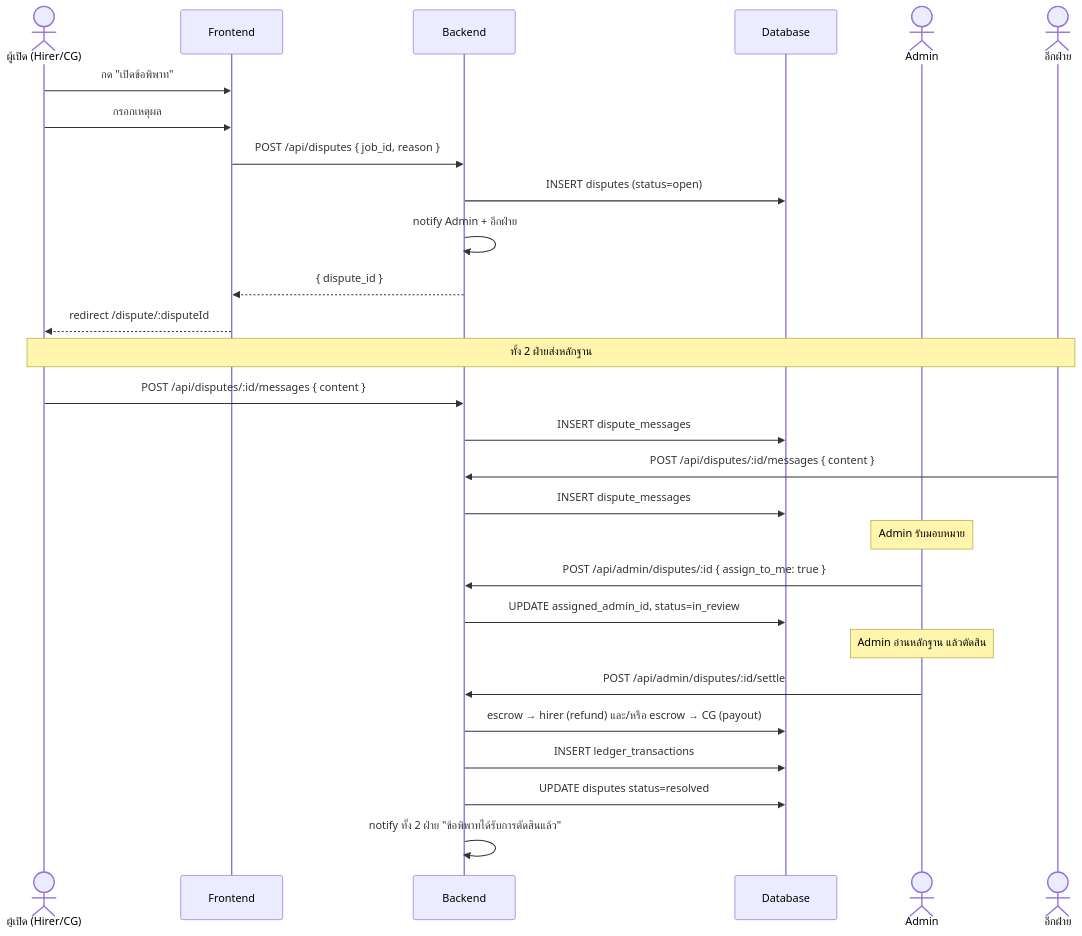
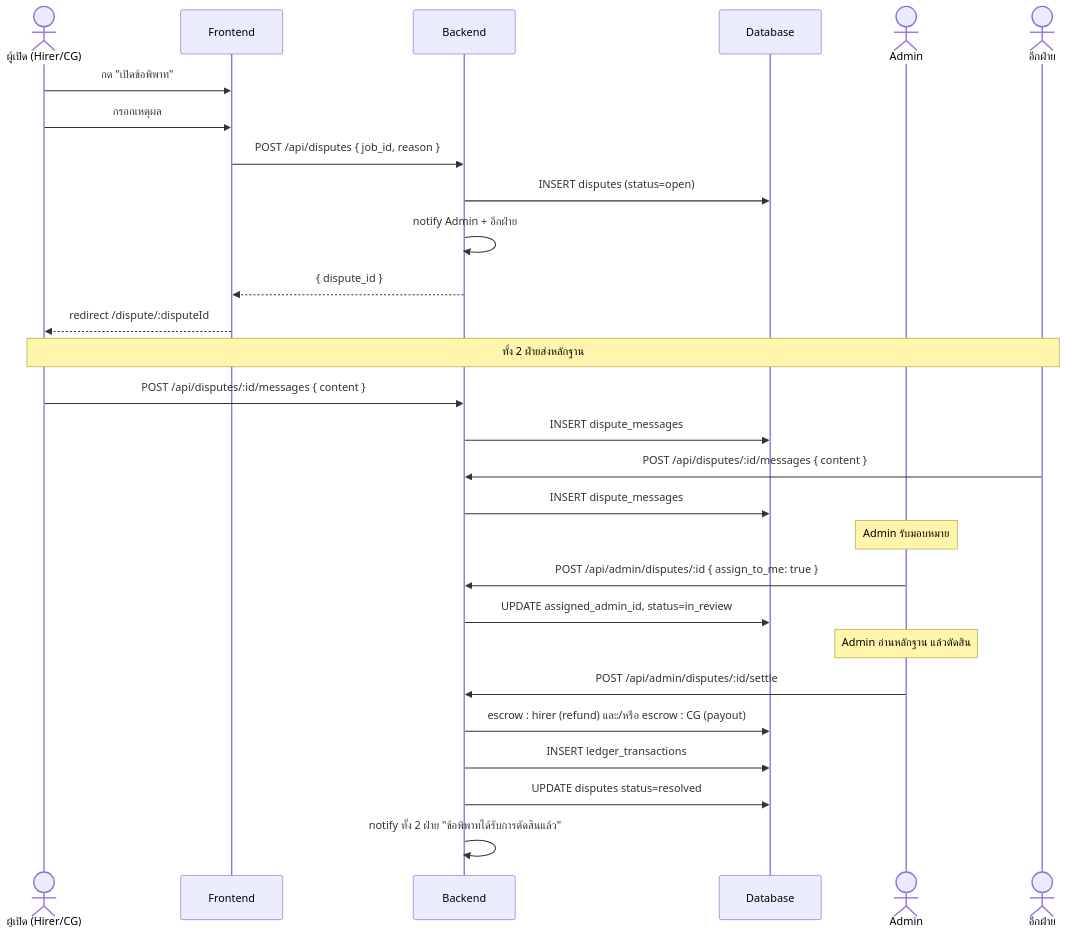
Diagram 16 of 16 in THESIS_CONTENT_CH3_PART3.md (SakdaRt/Careconnect), drawn with Mermaid before and after one commit. The commit also changed other lines of this file and 1 other file, not shown here.

````diff
--- a/THESIS_CONTENT_CH3_PART3.md
+++ b/THESIS_CONTENT_CH3_PART3.md
@@ -1119,30 +1121,30 @@
 ```mermaid
 sequenceDiagram
     actor Opener as ผู้เปิด (Hirer/CG)
     participant FE as Frontend
     participant BE as Backend
     participant DB as Database
     actor Admin
     actor Other as อีกฝ่าย
     Opener->>FE: กด "เปิดข้อพิพาท"
     Opener->>FE: กรอกเหตุผล
     FE->>BE: POST /api/disputes { job_id, reason }
     BE->>DB: INSERT disputes (status=open)
     BE->>BE: notify Admin + อีกฝ่าย
     BE-->>FE: { dispute_id }
     FE-->>Opener: redirect /dispute/:disputeId
     Note over Opener,Other: ทั้ง 2 ฝ่ายส่งหลักฐาน
     Opener->>BE: POST /api/disputes/:id/messages { content }
     BE->>DB: INSERT dispute_messages
     Other->>BE: POST /api/disputes/:id/messages { content }
     BE->>DB: INSERT dispute_messages
     Note over Admin: Admin รับมอบหมาย
     Admin->>BE: POST /api/admin/disputes/:id { assign_to_me: true }
     BE->>DB: UPDATE assigned_admin_id, status=in_review
     Note over Admin: Admin อ่านหลักฐาน แล้วตัดสิน
     Admin->>BE: POST /api/admin/disputes/:id/settle
-    BE->>DB: escrow → hirer (refund) และ/หรือ escrow → CG (payout)
+    BE->>DB: escrow : hirer (refund) และ/หรือ escrow : CG (payout)
     BE->>DB: INSERT ledger_transactions
     BE->>DB: UPDATE disputes status=resolved
     BE->>BE: notify ทั้ง 2 ฝ่าย "ข้อพิพาทได้รับการตัดสินแล้ว"
 ```
````
